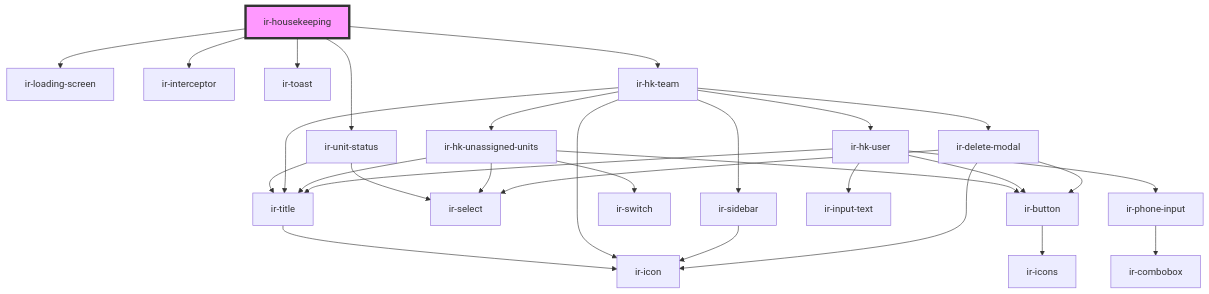
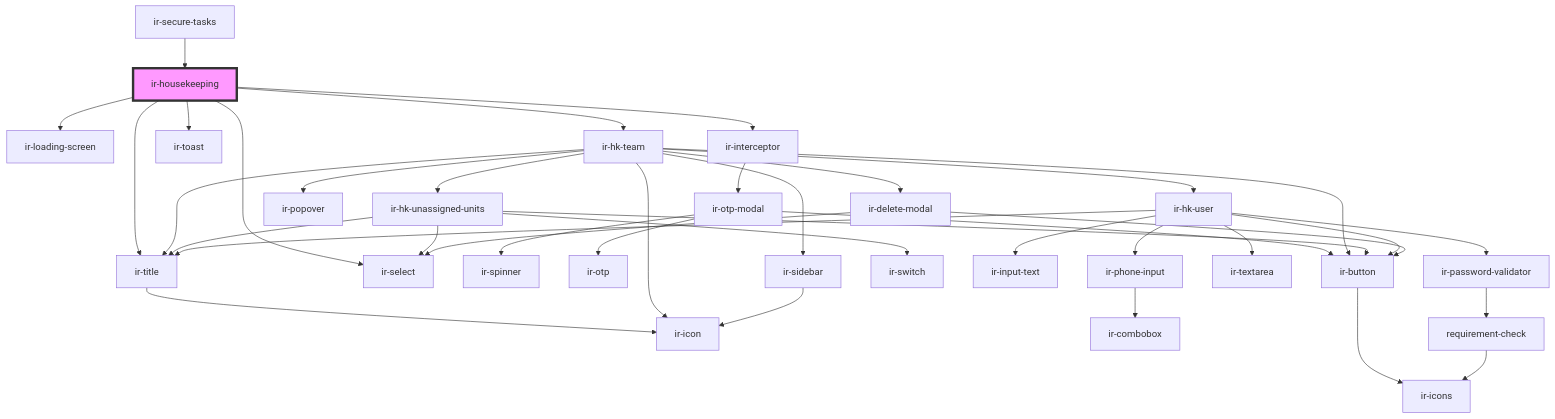
Before and after one commit to RonyRizk/ir-webcmp: the diagram in src/components/ir-housekeeping/readme.md, drawn with Mermaid. The commit also changed other lines of this file and 293 other files, not shown here.

````diff
--- a/src/components/ir-housekeeping/readme.md
+++ b/src/components/ir-housekeeping/readme.md
@@ -29,32 +41,41 @@
 ```mermaid
 graph TD;
   ir-housekeeping --> ir-loading-screen
   ir-housekeeping --> ir-interceptor
   ir-housekeeping --> ir-toast
-  ir-housekeeping --> ir-unit-status
+  ir-housekeeping --> ir-title
+  ir-housekeeping --> ir-select
   ir-housekeeping --> ir-hk-team
-  ir-unit-status --> ir-title
-  ir-unit-status --> ir-select
+  ir-interceptor --> ir-otp-modal
+  ir-otp-modal --> ir-spinner
+  ir-otp-modal --> ir-otp
+  ir-otp-modal --> ir-button
+  ir-button --> ir-icons
   ir-title --> ir-icon
   ir-hk-team --> ir-hk-unassigned-units
   ir-hk-team --> ir-hk-user
   ir-hk-team --> ir-title
   ir-hk-team --> ir-icon
+  ir-hk-team --> ir-popover
+  ir-hk-team --> ir-button
   ir-hk-team --> ir-sidebar
   ir-hk-team --> ir-delete-modal
   ir-hk-unassigned-units --> ir-select
   ir-hk-unassigned-units --> ir-switch
   ir-hk-unassigned-units --> ir-title
   ir-hk-unassigned-units --> ir-button
-  ir-button --> ir-icons
   ir-hk-user --> ir-title
   ir-hk-user --> ir-input-text
   ir-hk-user --> ir-phone-input
+  ir-hk-user --> ir-textarea
+  ir-hk-user --> ir-password-validator
   ir-hk-user --> ir-button
   ir-phone-input --> ir-combobox
+  ir-password-validator --> requirement-check
+  requirement-check --> ir-icons
   ir-sidebar --> ir-icon
-  ir-delete-modal --> ir-icon
+  ir-delete-modal --> ir-button
   ir-delete-modal --> ir-select
-  ir-delete-modal --> ir-button
+  ir-secure-tasks --> ir-housekeeping
   style ir-housekeeping fill:#f9f,stroke:#333,stroke-width:4px
 ```
````
